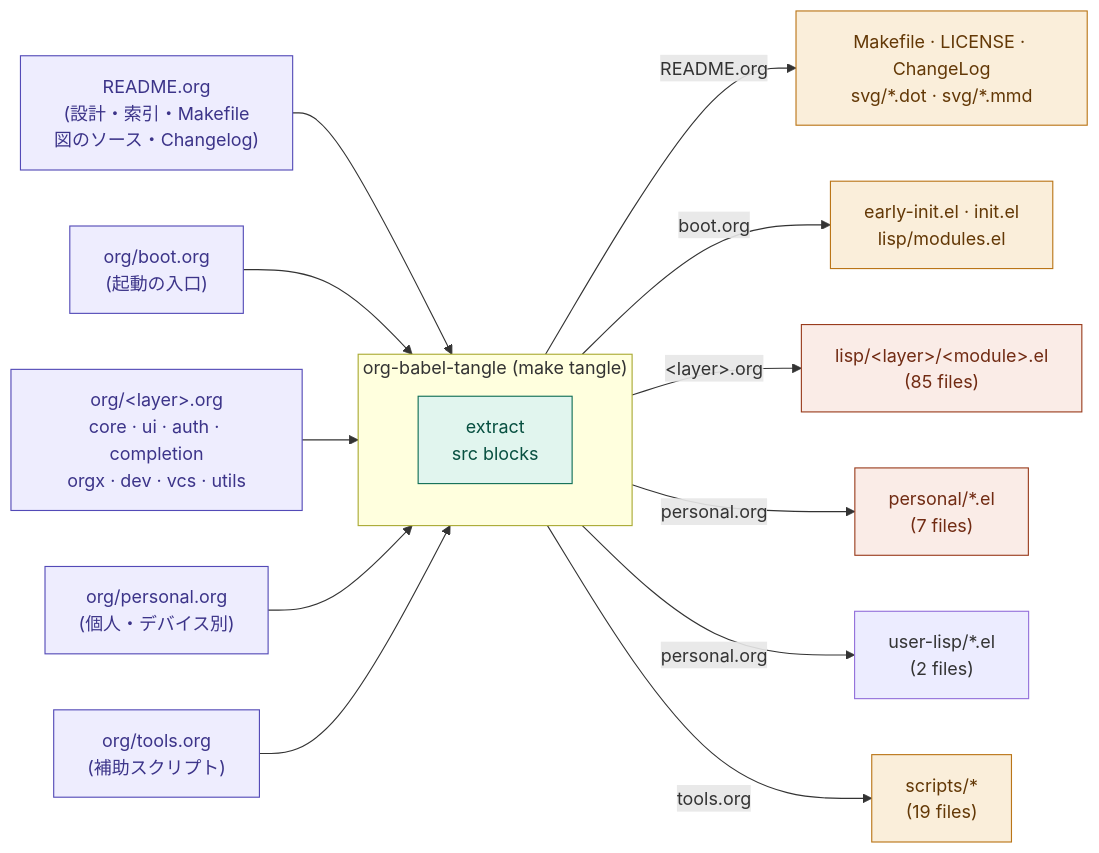
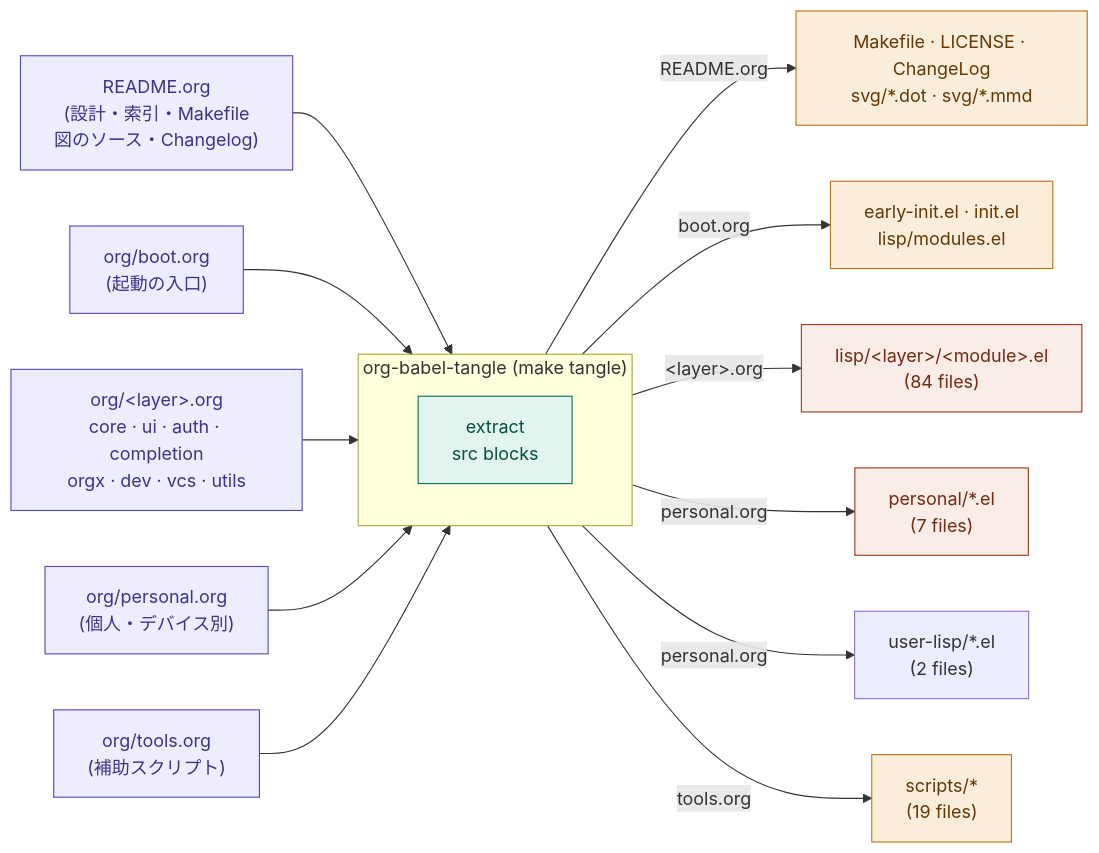
Before and after one commit to ac1965/.emacs.d: the first of 15 diagrams in README.org, drawn with Mermaid. The commit also changed other lines of this file and 8 other files, not shown here.

```diff
--- a/README.org
+++ b/README.org
@@ -1721,42 +1719,42 @@
 #+begin_src mermaid
   flowchart LR
       readme["README.org<br/>(設計・索引・Makefile<br/>図のソース・Changelog)"]
       boot["org/boot.org<br/>(起動の入口)"]
       layers["org/&lt;layer&gt;.org<br/>core · ui · auth · completion<br/>orgx · dev · vcs · utils"]
       pers["org/personal.org<br/>(個人・デバイス別)"]
       tools["org/tools.org<br/>(補助スクリプト)"]
 
       subgraph tangle["org-babel-tangle  (make tangle)"]
           extract["extract<br/>src blocks"]
       end
 
       o1["Makefile · LICENSE · ChangeLog<br/>svg/*.dot · svg/*.mmd"]
       o2["early-init.el · init.el<br/>lisp/modules.el"]
-      o3["lisp/&lt;layer&gt;/&lt;module&gt;.el<br/>(85 files)"]
+      o3["lisp/&lt;layer&gt;/&lt;module&gt;.el<br/>(84 files)"]
       o4["personal/*.el<br/>(7 files)"]
       o4b["user-lisp/*.el<br/>(2 files)"]
       o5["scripts/*<br/>(19 files)"]
 
       readme --> tangle
       boot --> tangle
       layers --> tangle
       pers --> tangle
       tools --> tangle
 
       tangle -->|README.org| o1
       tangle -->|boot.org| o2
       tangle -->|"&lt;layer&gt;.org"| o3
       tangle -->|personal.org| o4
       tangle -->|personal.org| o4b
       tangle -->|tools.org| o5
 
       classDef src fill:#EEEDFE,stroke:#534AB7,color:#3C3489
       classDef tangle fill:#E1F5EE,stroke:#0F6E56,color:#085041
       classDef config fill:#FAEEDA,stroke:#BA7517,color:#633806
       classDef modules fill:#FAECE7,stroke:#993C1D,color:#712B13
 
       class readme,boot,layers,pers,tools src
       class extract tangle
       class o1,o2,o5 config
       class o3,o4 modules
 #+end_src
```
